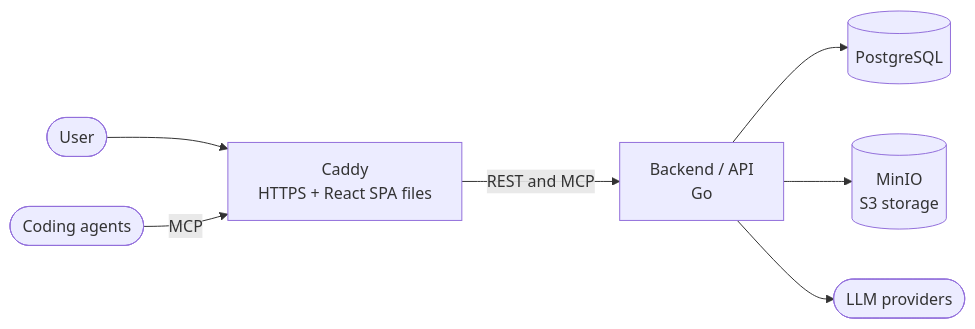
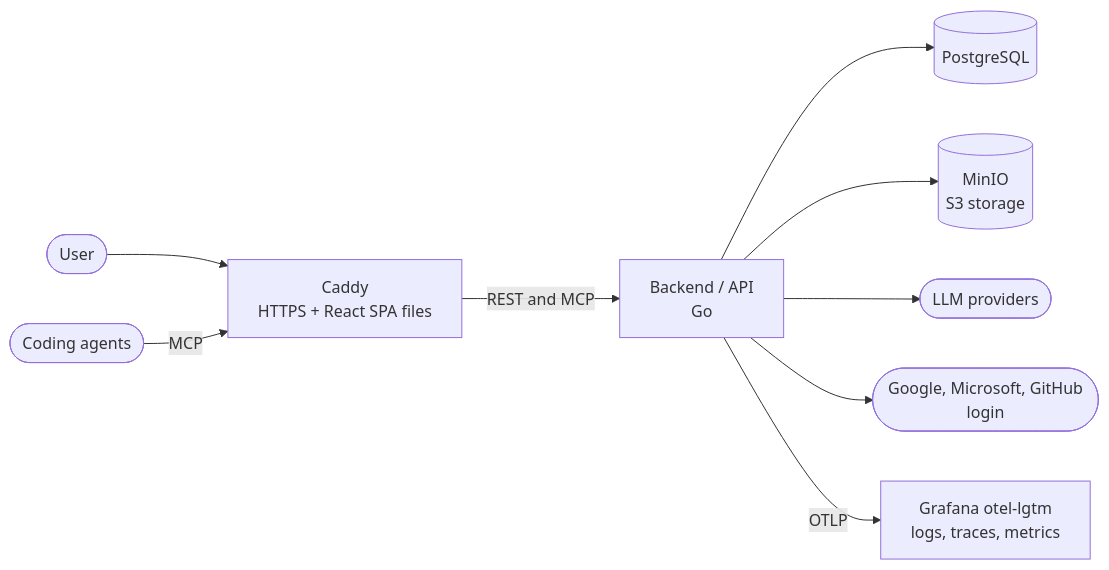
The diagram in README.md (dannilodms/forgespark), drawn with Mermaid before and after one commit. The commit also changed other lines of this file and 8 other files, not shown here.

First line of the commit message:
docs: record API conventions, identifiers, login and observability

````diff
--- a/README.md
+++ b/README.md
@@ -43,9 +43,11 @@
 ```mermaid
 flowchart LR
     user([User]) --> proxy[Caddy<br/>HTTPS + React SPA files]
     agents([Coding agents]) -->|MCP| proxy
     proxy -->|REST and MCP| api[Backend / API<br/>Go]
     api --> db[(PostgreSQL)]
     api --> storage[(MinIO<br/>S3 storage)]
     api --> llm([LLM providers])
+    api --> idp([Google, Microsoft, GitHub<br/>login])
+    api -->|OTLP| telemetry[Grafana otel-lgtm<br/>logs, traces, metrics]
 ```
````
